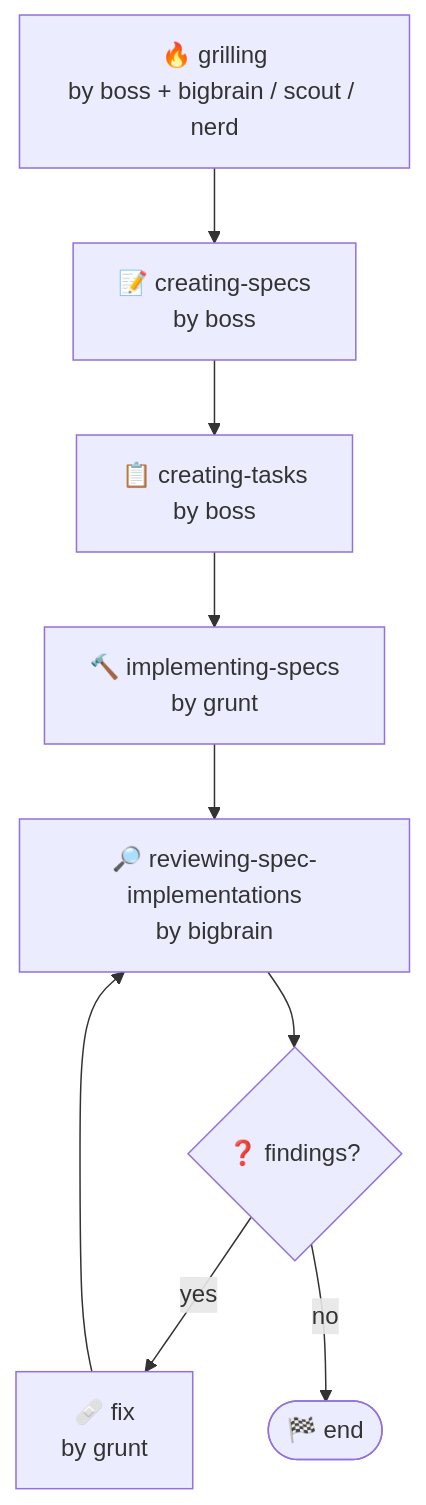
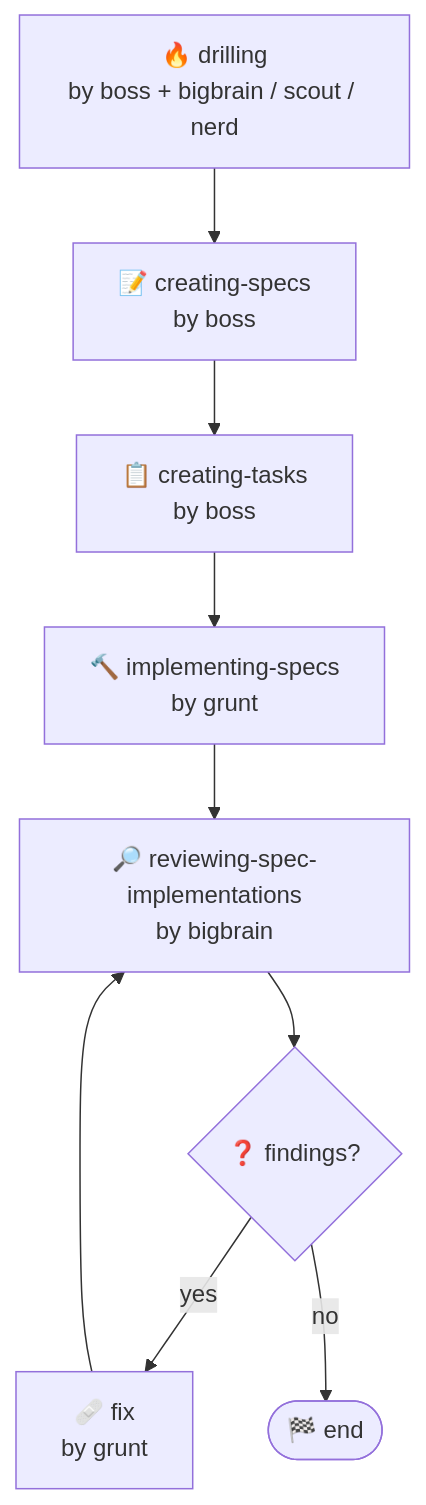
Before and after one commit to supagetto/README.ai: the second of 2 diagrams in README.md, drawn with Mermaid. The commit also changed other lines of this file and 3 other files, not shown here.

````diff
--- a/README.md
+++ b/README.md
@@ -56,11 +56,11 @@
 ```mermaid
 flowchart TD
-    A["🔥 grilling<br/>by boss + bigbrain / scout / nerd"] --> B["📝 creating-specs<br/>by boss"]
+    A["🔥 drilling<br/>by boss + bigbrain / scout / nerd"] --> B["📝 creating-specs<br/>by boss"]
     B --> C["📋 creating-tasks<br/>by boss"]
     C --> D["🔨 implementing-specs<br/>by grunt"]
     D --> E["🔎 reviewing-spec-implementations<br/>by bigbrain"]
     E --> F{❓ findings?}
     F -->|yes| G["🩹 fix<br/>by grunt"]
     G --> E
     F -->|no| H(["🏁 end"])
 ```
````
